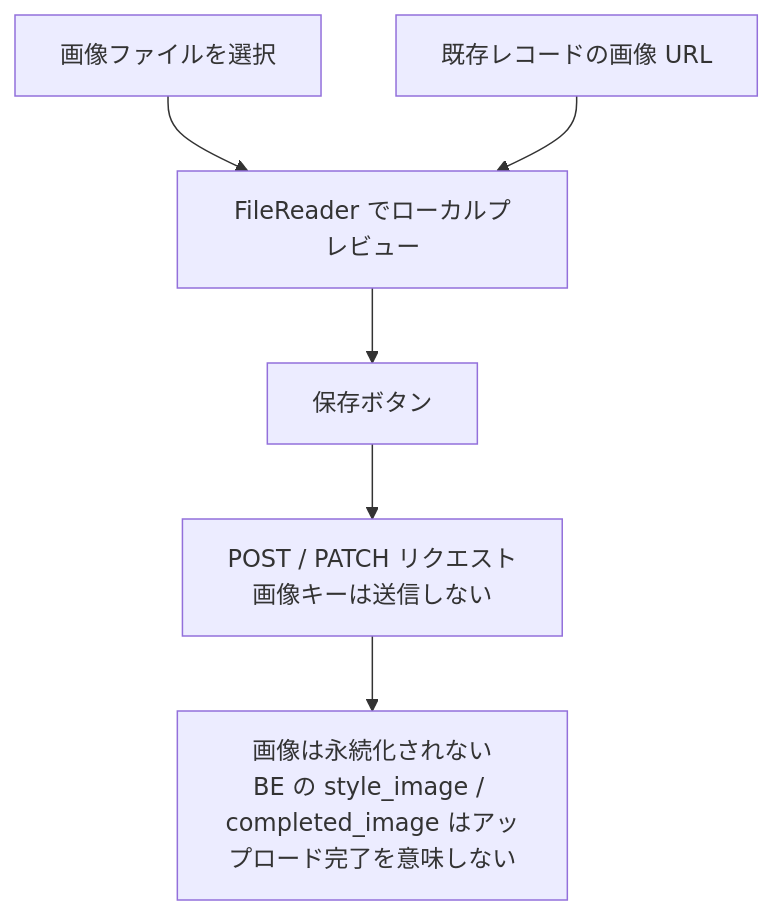
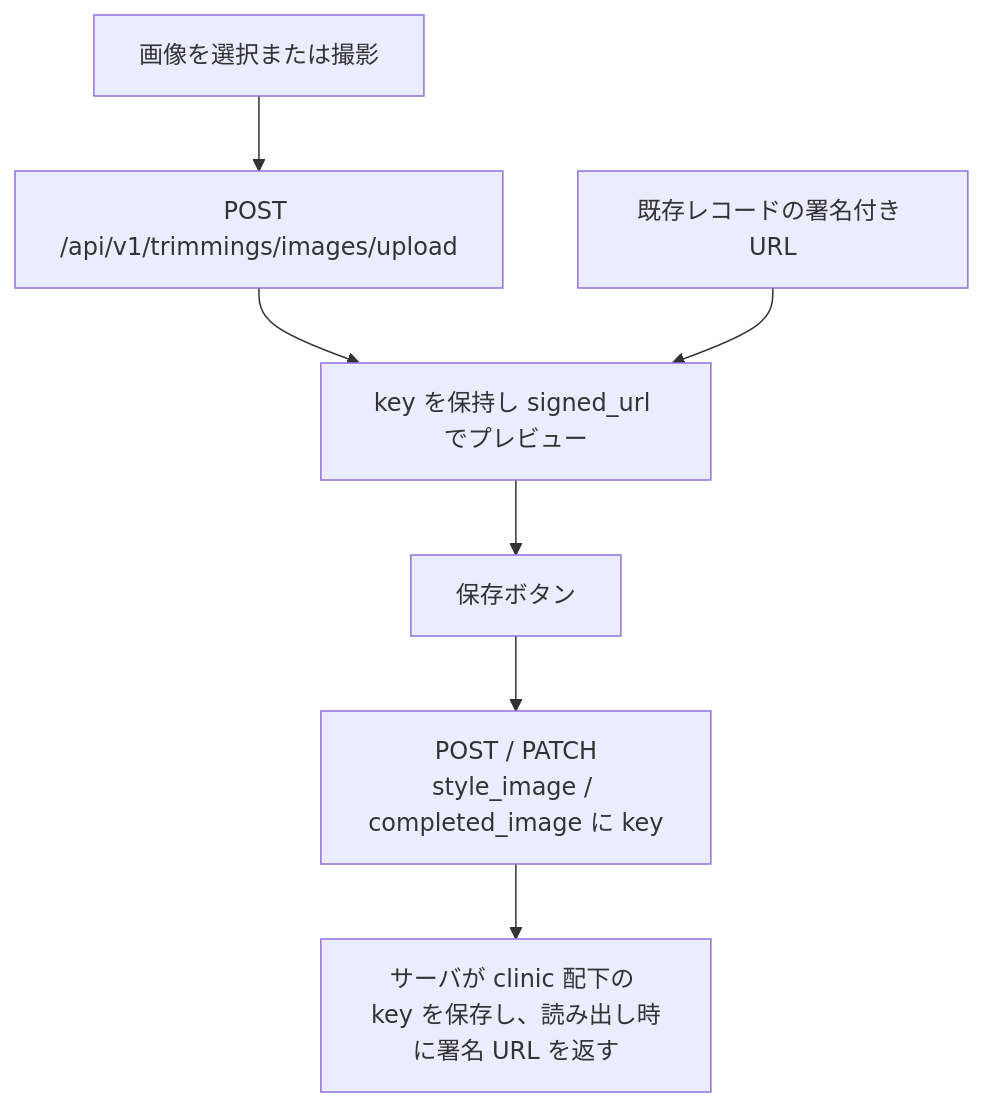
The diagram in docs/spec/screens/17-trimming-form.md (MinoruSoga/AnimalEkarte), drawn with Mermaid before and after one commit. The commit also changed other lines of this file and 11 other files, not shown here.

````diff
--- a/docs/spec/screens/17-trimming-form.md
+++ b/docs/spec/screens/17-trimming-form.md
@@ -36,8 +36,9 @@
 ```mermaid
 flowchart TB
-    A["画像ファイルを選択"] --> B["FileReader でローカルプレビュー"]
-    E0["既存レコードの画像 URL"] --> B
+    A["画像を選択または撮影"] --> U["POST /api/v1/trimmings/images/upload"]
+    U --> B["key を保持し signed_url でプレビュー"]
+    E0["既存レコードの署名付き URL"] --> B
     B --> C["保存ボタン"]
-    C --> D["POST / PATCH リクエスト<br/>画像キーは送信しない"]
-    D --> E["画像は永続化されない<br/>BE の style_image / completed_image はアップロード完了を意味しない"]
+    C --> D["POST / PATCH<br/>style_image / completed_image に key"]
+    D --> E["サーバが clinic 配下の key を保存し、読み出し時に署名 URL を返す"]
 ```
````
